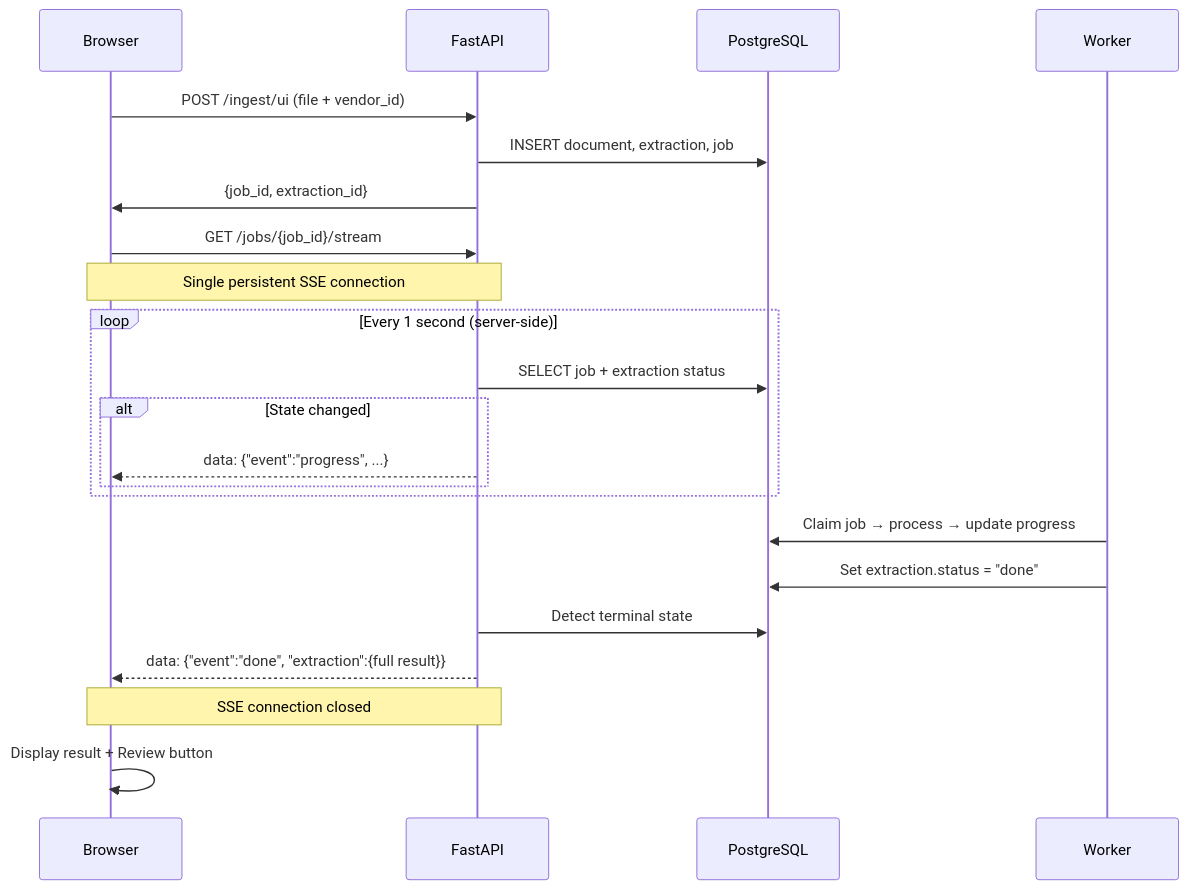
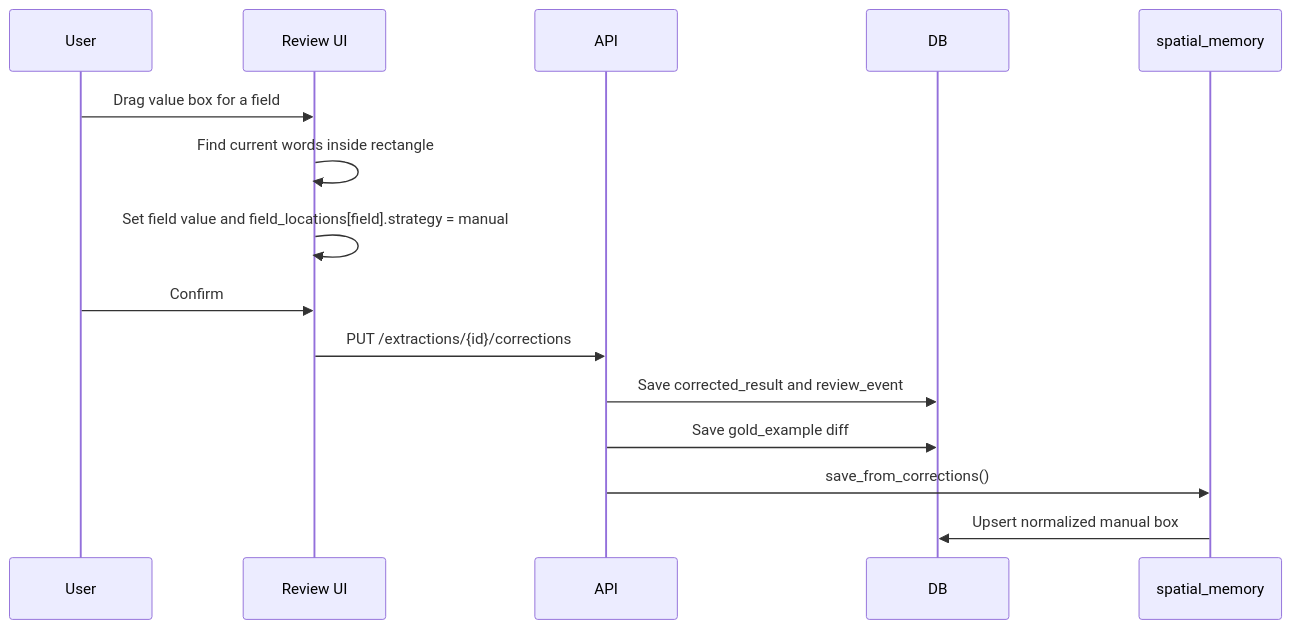
Before and after one commit to DeepakG-ai/Augemented_OCR_PaddleOCR_VL: the fifth of 8 diagrams in spec.md, drawn with Mermaid. The commit also changed other lines of this file and 16 other files, not shown here.

Commit message:
feat(hybrid-pdf-pipeline): implement unified digital/scanned pdf pipeline, vendor detection, and strict spatial memory reuse

````diff
--- a/spec.md
+++ b/spec.md
@@ -163,30 +211,18 @@
 ```mermaid
 sequenceDiagram
-    participant Browser
-    participant API as FastAPI
-    participant DB as PostgreSQL
-    participant Worker
+    participant User
+    participant UI as Review UI
+    participant API
+    participant DB
+    participant SM as spatial_memory
 
-    Browser->>API: POST /ingest/ui (file + vendor_id)
-    API->>DB: INSERT document, extraction, job
-    API->>Browser: {job_id, extraction_id}
-
-    Browser->>API: GET /jobs/{job_id}/stream
-    Note over Browser,API: Single persistent SSE connection
-
-    loop Every 1 second (server-side)
-        API->>DB: SELECT job + extraction status
-        alt State changed
-            API-->>Browser: data: {"event":"progress", ...}
-        end
-    end
-
-    Worker->>DB: Claim job → process → update progress
-    Worker->>DB: Set extraction.status = "done"
-
-    API->>DB: Detect terminal state
-    API-->>Browser: data: {"event":"done", "extraction":{full result}}
-    Note over Browser,API: SSE connection closed
-
-    Browser->>Browser: Display result + Review button
+    User->>UI: Drag value box for a field
+    UI->>UI: Find current words inside rectangle
+    UI->>UI: Set field value and field_locations[field].strategy = manual
+    User->>UI: Confirm
+    UI->>API: PUT /extractions/{id}/corrections
+    API->>DB: Save corrected_result and review_event
+    API->>DB: Save gold_example diff
+    API->>SM: save_from_corrections()
+    SM->>DB: Upsert normalized manual box
 ```
````
